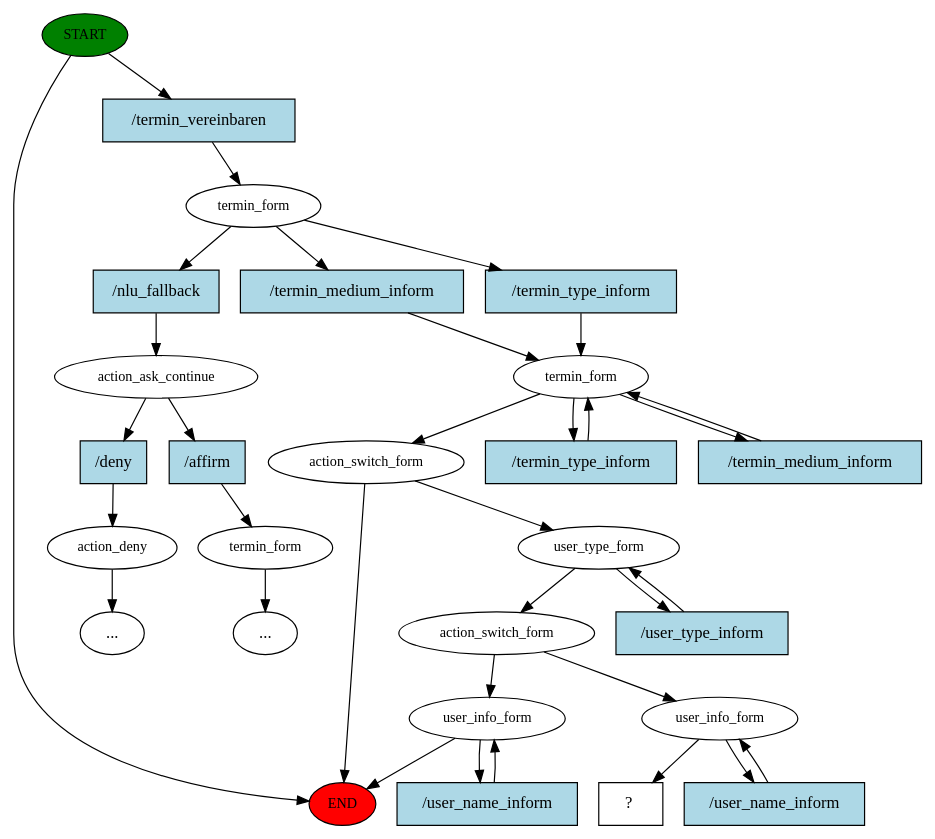
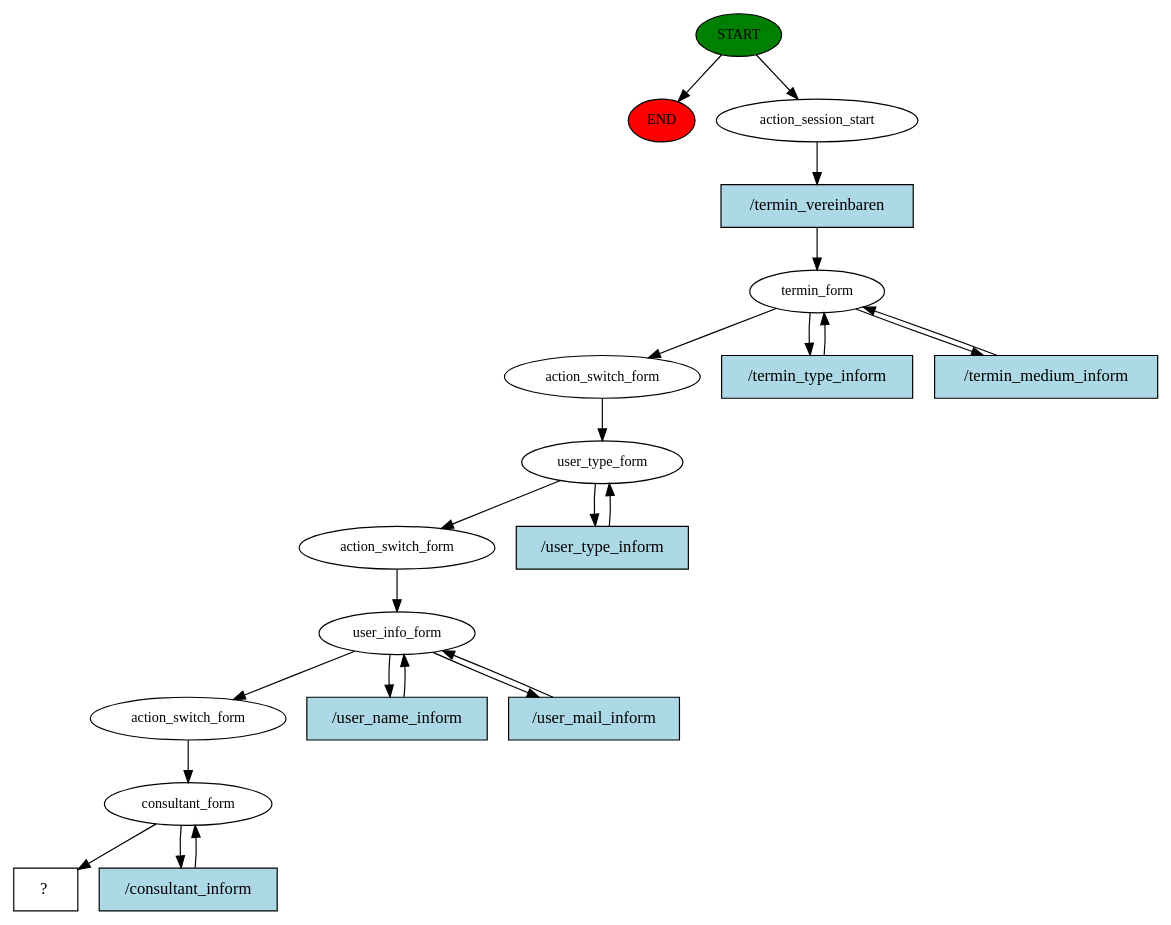
The diagram in bot-pilot-chat/backend/rasa-actions/story_graph.dot (normanboettcher/BotPilot), drawn with Graphviz before and after one commit. The commit also changed 20 other files, not shown here.

```diff
--- a/bot-pilot-chat/backend/rasa-actions/story_graph.dot
+++ b/bot-pilot-chat/backend/rasa-actions/story_graph.dot
@@ -1,61 +1,43 @@
 digraph  {
 0 [class="start active", fillcolor=green, fontsize=12, label=START, style=filled];
 "-1" [class=end, fillcolor=red, fontsize=12, label=END, style=filled];
-1 [class=active, fontsize=12, label=termin_form];
-2 [class="", fontsize=12, label=action_ask_continue];
-3 [class="", fontsize=12, label=action_deny];
-"-3" [class=ellipsis, label="..."];
-6 [class="", fontsize=12, label=termin_form];
-"-4" [class=ellipsis, label="..."];
-8 [class=active, fontsize=12, label=termin_form];
-10 [class=active, fontsize=12, label=action_switch_form];
-15 [class=active, fontsize=12, label=user_type_form];
-17 [class=active, fontsize=12, label=action_switch_form];
-18 [class="", fontsize=12, label=user_info_form];
-27 [class=active, fontsize=12, label=user_info_form];
-29 [class="intent dashed active", label="  ?  ", shape=rect];
-30 [class="intent active", fillcolor=lightblue, label="/termin_vereinbaren", shape=rect, style=filled];
-31 [class=intent, fillcolor=lightblue, label="/nlu_fallback", shape=rect, style=filled];
-32 [class=intent, fillcolor=lightblue, label="/termin_medium_inform", shape=rect, style=filled];
-33 [class="intent active", fillcolor=lightblue, label="/termin_type_inform", shape=rect, style=filled];
-34 [class=intent, fillcolor=lightblue, label="/deny", shape=rect, style=filled];
-35 [class=intent, fillcolor=lightblue, label="/affirm", shape=rect, style=filled];
-36 [class=intent, fillcolor=lightblue, label="/termin_type_inform", shape=rect, style=filled];
-37 [class="intent active", fillcolor=lightblue, label="/termin_medium_inform", shape=rect, style=filled];
-38 [class="intent active", fillcolor=lightblue, label="/user_type_inform", shape=rect, style=filled];
-39 [class=intent, fillcolor=lightblue, label="/user_name_inform", shape=rect, style=filled];
-40 [class="intent active", fillcolor=lightblue, label="/user_name_inform", shape=rect, style=filled];
+1 [class=active, fontsize=12, label=action_session_start];
+2 [class=active, fontsize=12, label=termin_form];
+5 [class=active, fontsize=12, label=action_switch_form];
+6 [class=active, fontsize=12, label=user_type_form];
+8 [class=active, fontsize=12, label=action_switch_form];
+9 [class=active, fontsize=12, label=user_info_form];
+12 [class=active, fontsize=12, label=action_switch_form];
+13 [class=active, fontsize=12, label=consultant_form];
+15 [class="intent dashed active", label="  ?  ", shape=rect];
+16 [class="intent active", fillcolor=lightblue, label="/termin_vereinbaren", shape=rect, style=filled];
+17 [class="intent active", fillcolor=lightblue, label="/termin_type_inform", shape=rect, style=filled];
+18 [class="intent active", fillcolor=lightblue, label="/termin_medium_inform", shape=rect, style=filled];
+19 [class="intent active", fillcolor=lightblue, label="/user_type_inform", shape=rect, style=filled];
+20 [class="intent active", fillcolor=lightblue, label="/user_name_inform", shape=rect, style=filled];
+21 [class="intent active", fillcolor=lightblue, label="/user_mail_inform", shape=rect, style=filled];
+22 [class="intent active", fillcolor=lightblue, label="/consultant_inform", shape=rect, style=filled];
 0 -> "-1"  [class="", key=NONE, label=""];
-0 -> 30  [class=active, key=0];
-1 -> 31  [class="", key=0];
-1 -> 32  [class="", key=0];
-1 -> 33  [class=active, key=0];
-2 -> 34  [class="", key=0];
-2 -> 35  [class="", key=0];
-3 -> "-3"  [class="", key=NONE, label=""];
-6 -> "-4"  [class="", key=NONE, label=""];
-8 -> 10  [class=active, key=NONE, label=""];
-8 -> 36  [class="", key=0];
-8 -> 37  [class=active, key=0];
-10 -> "-1"  [class="", key=NONE, label=""];
-10 -> 15  [class=active, key=NONE, label=""];
-15 -> 17  [class=active, key=NONE, label=""];
-15 -> 38  [class=active, key=0];
-17 -> 18  [class="", key=NONE, label=""];
-17 -> 27  [class=active, key=NONE, label=""];
-18 -> "-1"  [class="", key=NONE, label=""];
-18 -> 39  [class="", key=0];
-27 -> 29  [class=active, key=NONE, label=""];
-27 -> 40  [class=active, key=0];
-30 -> 1  [class=active, key=0];
-31 -> 2  [class="", key=0];
-32 -> 8  [class="", key=0];
-33 -> 8  [class=active, key=0];
-34 -> 3  [class="", key=0];
-35 -> 6  [class="", key=0];
-36 -> 8  [class="", key=0];
-37 -> 8  [class=active, key=0];
-38 -> 15  [class=active, key=0];
-39 -> 18  [class="", key=0];
-40 -> 27  [class=active, key=0];
+0 -> 1  [class=active, key=NONE, label=""];
+1 -> 16  [class=active, key=0];
+2 -> 5  [class=active, key=NONE, label=""];
+2 -> 17  [class=active, key=0];
+2 -> 18  [class=active, key=0];
+5 -> 6  [class=active, key=NONE, label=""];
+6 -> 8  [class=active, key=NONE, label=""];
+6 -> 19  [class=active, key=0];
+8 -> 9  [class=active, key=NONE, label=""];
+9 -> 12  [class=active, key=NONE, label=""];
+9 -> 20  [class=active, key=0];
+9 -> 21  [class=active, key=0];
+12 -> 13  [class=active, key=NONE, label=""];
+13 -> 15  [class=active, key=NONE, label=""];
+13 -> 22  [class=active, key=0];
+16 -> 2  [class=active, key=0];
+17 -> 2  [class=active, key=0];
+18 -> 2  [class=active, key=0];
+19 -> 6  [class=active, key=0];
+20 -> 9  [class=active, key=0];
+21 -> 9  [class=active, key=0];
+22 -> 13  [class=active, key=0];
 }
```
